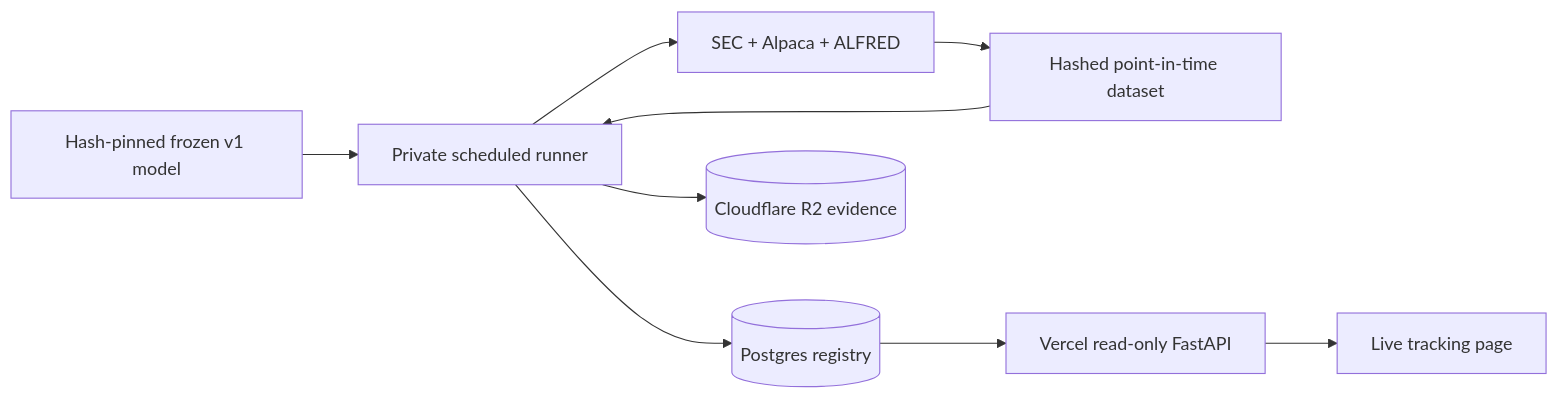
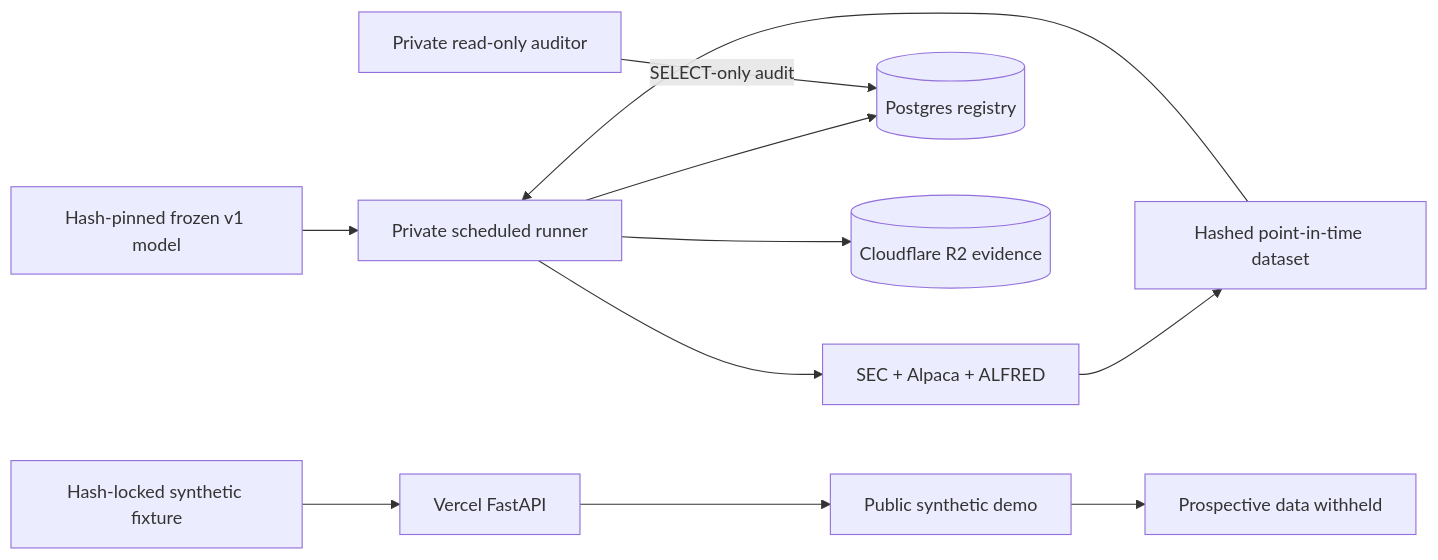
The diagram in docs/forward-testing.md (hoangnguyen2003/edgar-moe), drawn with Mermaid before and after one commit. The commit also changed other lines of this file and 110 other files, not shown here.

Commit message:
security: serve only synthetic research data publicly

````diff
--- a/docs/forward-testing.md
+++ b/docs/forward-testing.md
@@ -49,11 +54,13 @@
 ```mermaid
 flowchart LR
   JOB[Private scheduled runner] --> DATA[SEC + Alpaca + ALFRED]
   DATA --> DS[Hashed point-in-time dataset]
   MODEL[Hash-pinned frozen v1 model] --> JOB
   DS --> JOB
   JOB --> PG[(Postgres registry)]
   JOB --> R2[(Cloudflare R2 evidence)]
-  PG --> API[Vercel read-only FastAPI]
-  API --> UI[Live tracking page]
+  AUDITOR[Private read-only auditor] -->|SELECT-only audit| PG
+  SNAP[Hash-locked synthetic fixture] --> API[Vercel FastAPI]
+  API --> UI[Public synthetic demo]
+  UI --> HOLD[Prospective data withheld]
 ```
````
